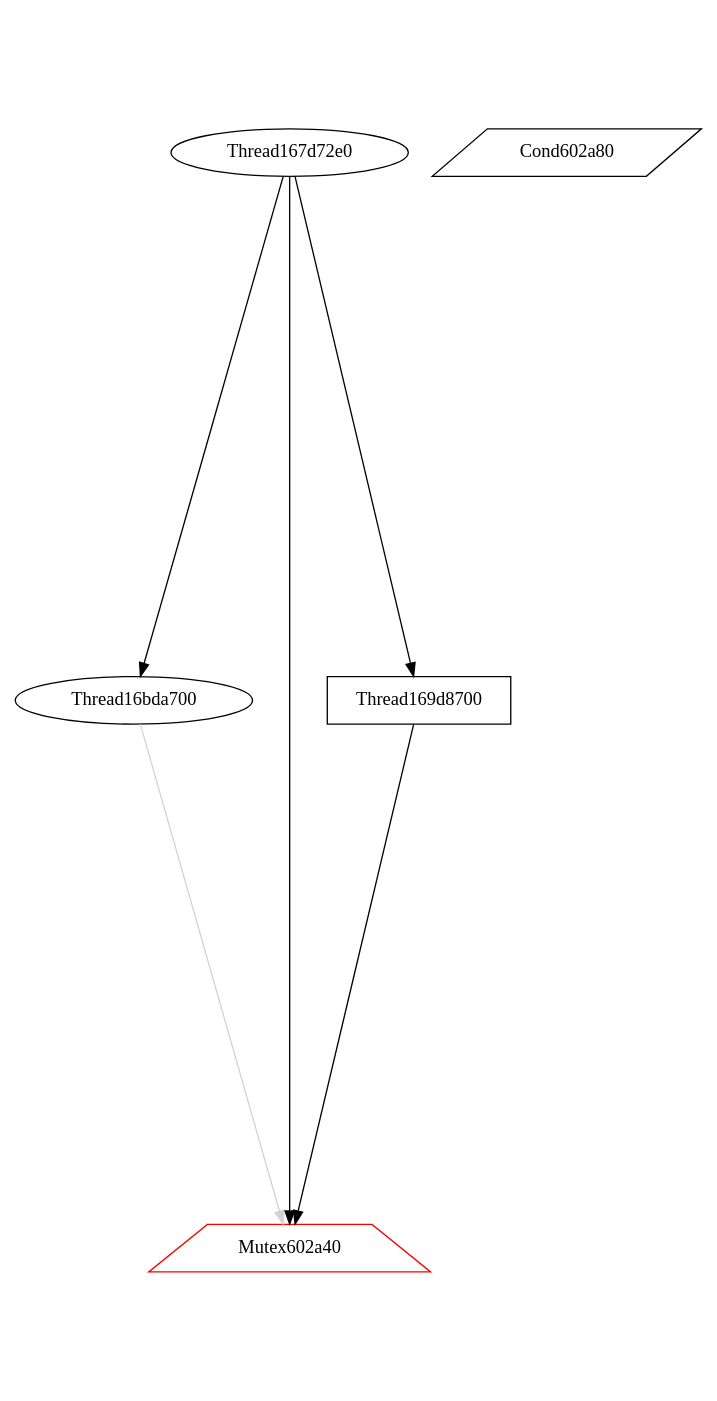
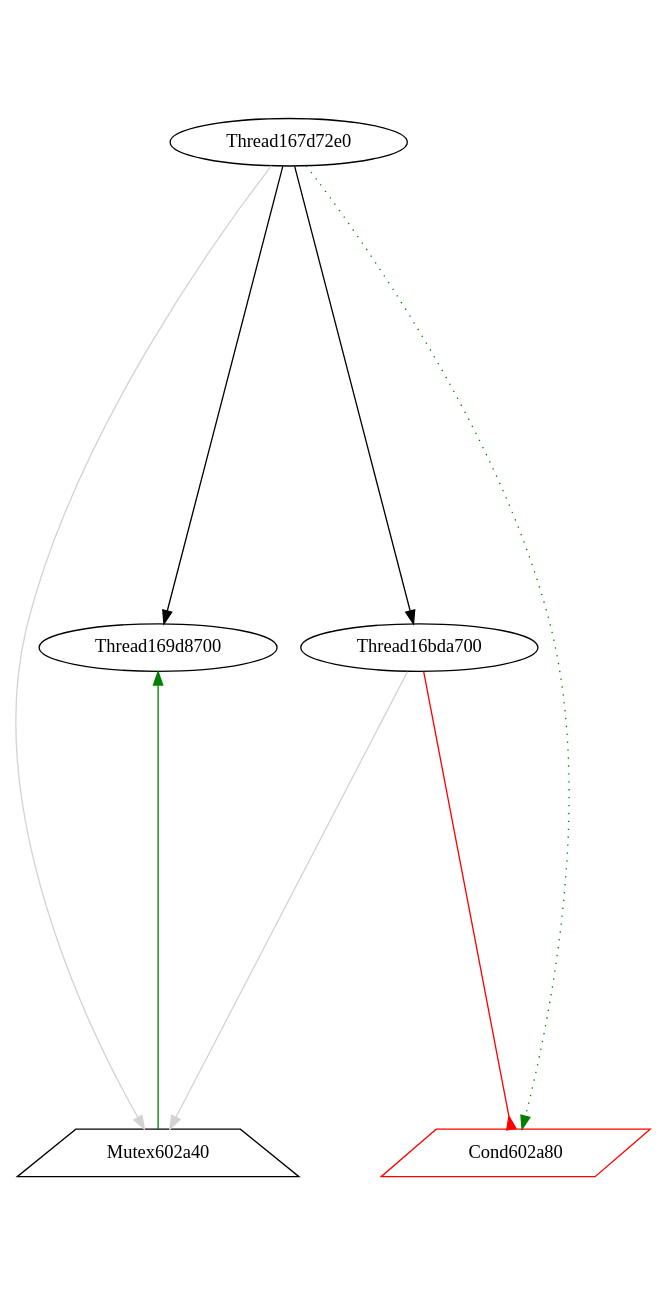
One commit to v4o6/cs410 changed the diagram in view/dot/graph094.dot. Above: the diagram before and after it, drawn with Graphviz. The commit also changed 286 other files, not shown here.

```diff
--- a/view/dot/graph094.dot
+++ b/view/dot/graph094.dot
@@ -1,11 +1,15 @@
 digraph G {
 graph[center=true, ratio=2];
+Thread16bda700 [color=black];
 Thread16bda700 -> Mutex602a40 [arrowhead=normal,color=lightgray];
-Mutex602a40 [shape=trapezium,color=red];
-Cond602a80 [shape=parallelogram,color=black];
-Thread169d8700 [shape=box,color=black];
-Thread169d8700 -> Mutex602a40 [arrowhead=normal,color=black];
+Thread16bda700 -> Cond602a80 [arrowhead=inv,color=red];
+Mutex602a40 [shape=trapezium,color=black];
+Cond602a80 [shape=parallelogram,color=red];
+Thread169d8700 [color=black];
+Thread169d8700 -> Mutex602a40 [arrowhead=normal,color=green,dir=back];
+Thread167d72e0 [color=black];
 Thread167d72e0 -> Thread16bda700 [arrowhead=normal];
-Thread167d72e0 -> Mutex602a40 [arrowhead=normal,color=black];
+Thread167d72e0 -> Mutex602a40 [arrowhead=normal,color=lightgray];
+Thread167d72e0 -> Cond602a80 [style=dotted,color=green];
 Thread167d72e0 -> Thread169d8700 [arrowhead=normal];
 }
```
